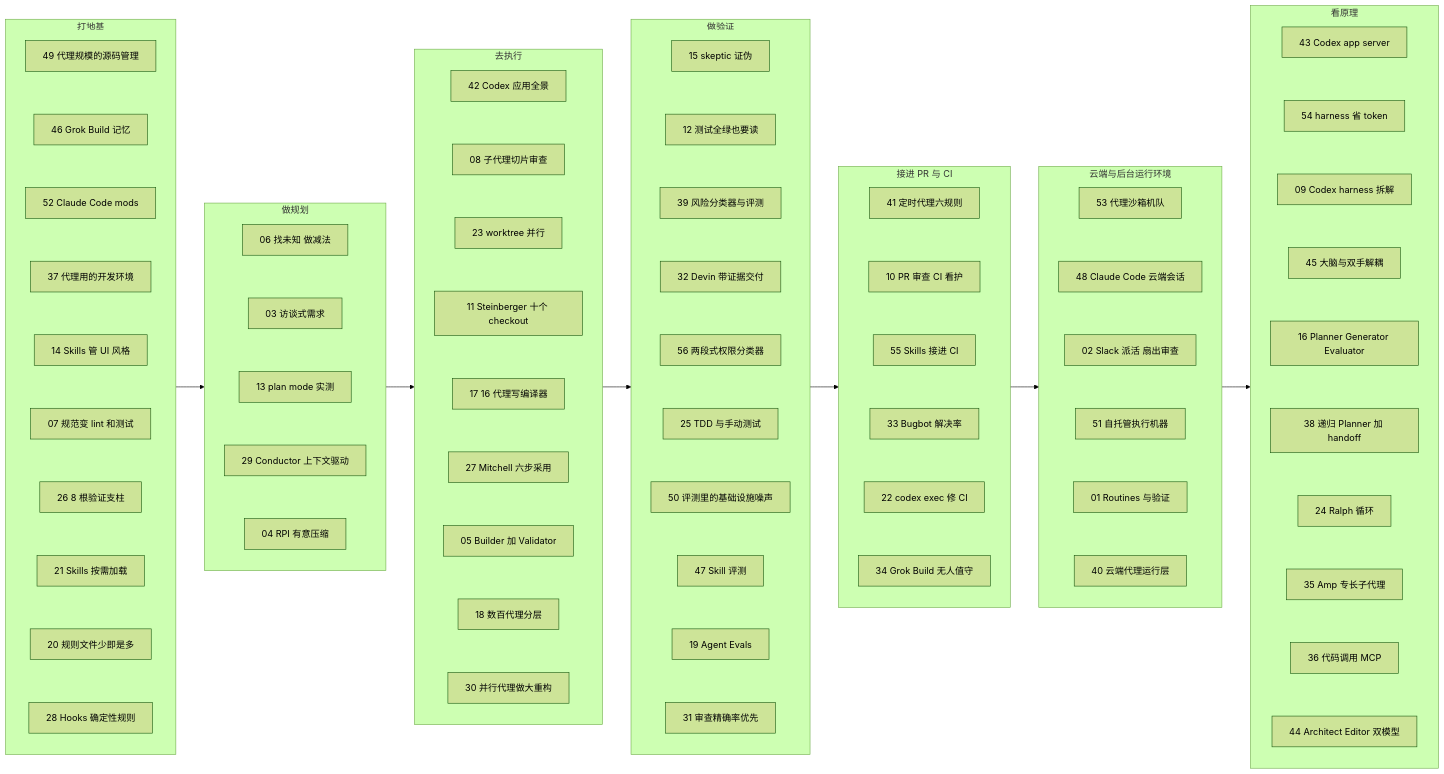
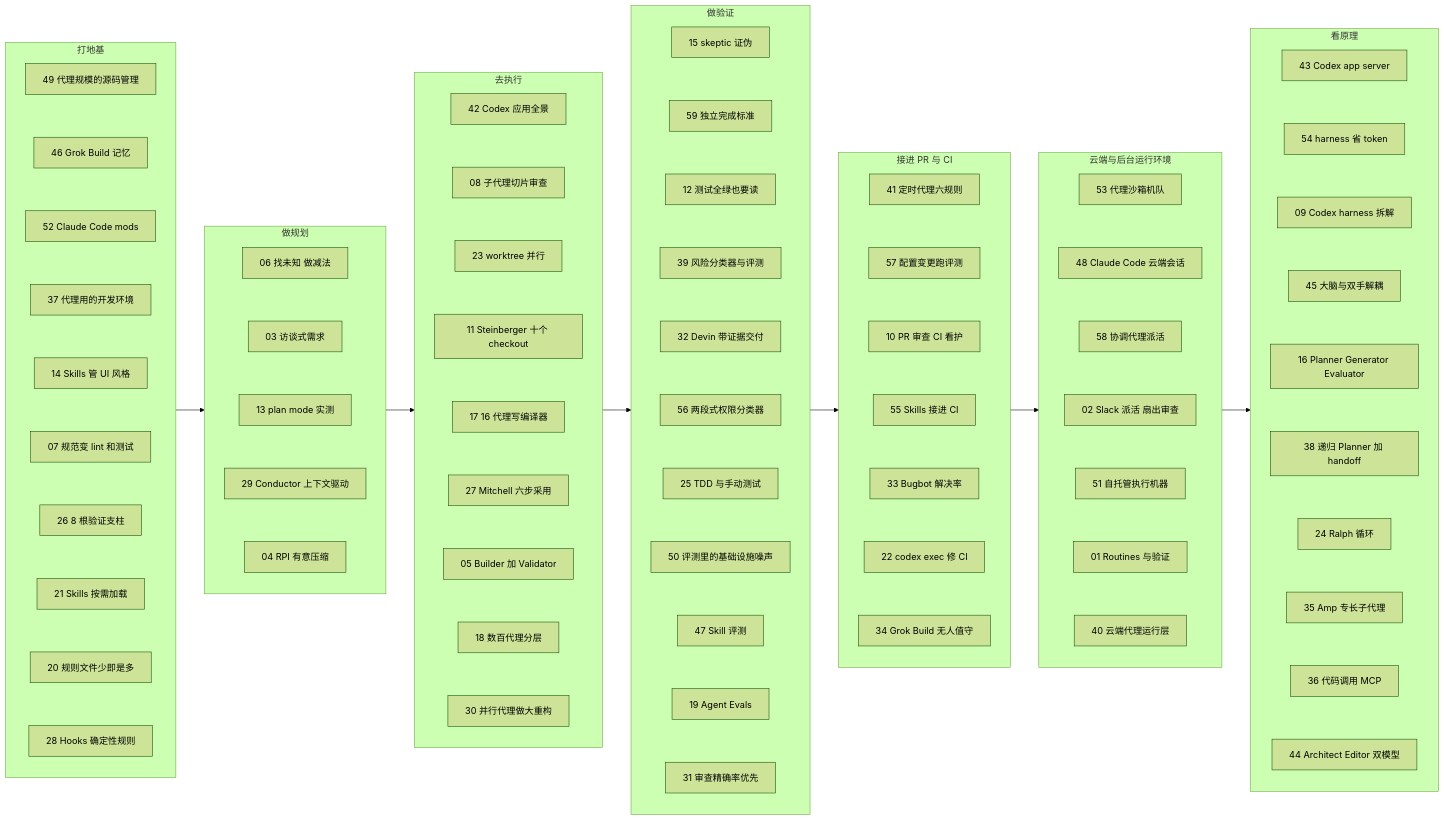
The diagram in docs/index.md (yzw7489757/ai-coding-videos), drawn with Mermaid (forest theme) before and after one commit. The commit also changed other lines of this file and 16 other files, not shown here.

```diff
--- a/docs/index.md
+++ b/docs/index.md
@@ -160,6 +158,7 @@
   subgraph S4["做验证"]
     direction TB
     A15["15 skeptic 证伪"]
+    A59["59 独立完成标准"]
     A12["12 测试全绿也要读"]
     A39["39 风险分类器与评测"]
     A32["32 Devin 带证据交付"]
@@ -169,7 +168,8 @@
     A47["47 Skill 评测"]
     A19["19 Agent Evals"]
     A31["31 审查精确率优先"]
-    A15 ~~~ A12
+    A15 ~~~ A59
+    A59 ~~~ A12
     A12 ~~~ A39
     A39 ~~~ A32
     A32 ~~~ A56
@@ -182,12 +182,14 @@
   subgraph S5["接进 PR 与 CI"]
     direction TB
     A41["41 定时代理六规则"]
+    A57["57 配置变更跑评测"]
     A10["10 PR 审查 CI 看护"]
     A55["55 Skills 接进 CI"]
     A33["33 Bugbot 解决率"]
     A22["22 codex exec 修 CI"]
     A34["34 Grok Build 无人值守"]
-    A41 ~~~ A10
+    A41 ~~~ A57
+    A57 ~~~ A10
     A10 ~~~ A55
     A55 ~~~ A33
     A33 ~~~ A22
@@ -197,12 +199,14 @@
     direction TB
     A53["53 代理沙箱机队"]
     A48["48 Claude Code 云端会话"]
+    A58["58 协调代理派活"]
     A02["02 Slack 派活 扇出审查"]
     A51["51 自托管执行机器"]
     A01["01 Routines 与验证"]
     A40["40 云端代理运行层"]
     A53 ~~~ A48
-    A48 ~~~ A02
+    A48 ~~~ A58
+    A58 ~~~ A02
     A02 ~~~ A51
     A51 ~~~ A01
     A01 ~~~ A40
```
